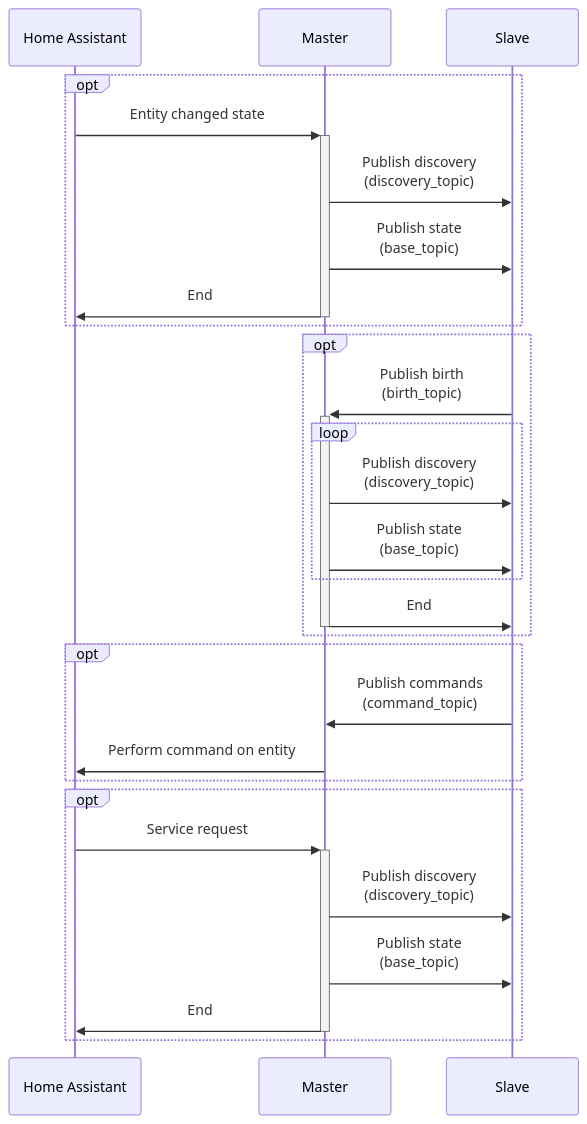
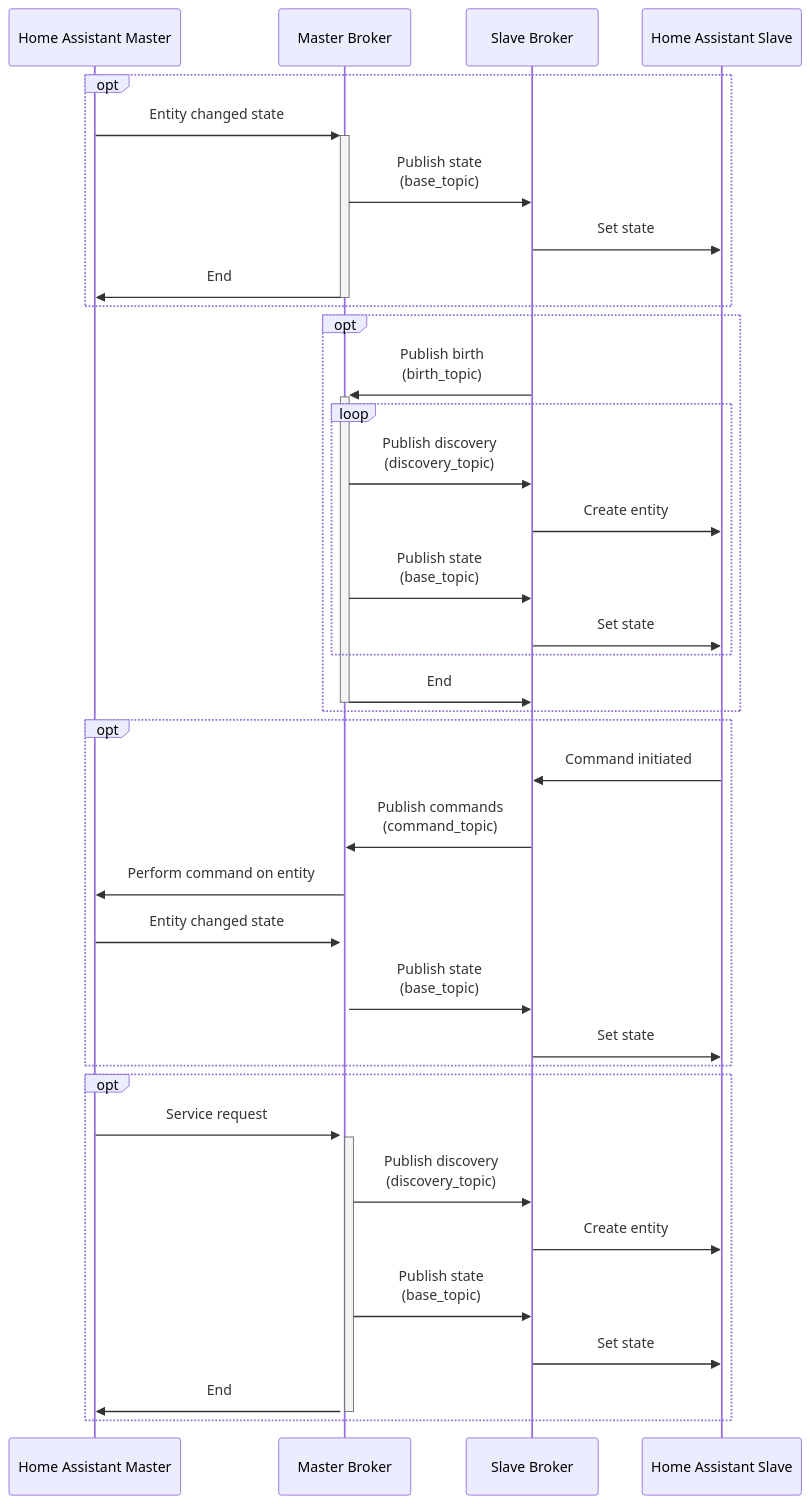
Before and after one commit to RogerSelwyn/mqtt_discoverystream_ha: the second of 2 diagrams in README.md, drawn with Mermaid. The commit also changed other lines of this file, not shown here.

Commit message:
doc: Updated mermaid charts

````diff
--- a/README.md
+++ b/README.md
@@ -118,32 +123,41 @@
 ```mermaid
 sequenceDiagram
-participant H as Home Assistant
-participant M as Master
-participant S as Slave
+participant H as Home Assistant Master
+participant M as Master Broker
+participant S as Slave Broker
+participant R as Home Assistant Slave
 opt
   H->>+M: Entity changed state
-  M->>S: Publish discovery<br/>(discovery_topic)
   M->>S: Publish state<br/>(base_topic)
+  S->>R: Set state
   M->>-H: End
 end
 
 opt
   S->>+M: Publish birth<br/>(birth_topic)
   loop 
     M->>S: Publish discovery<br/>(discovery_topic)
+    S->>R: Create entity
     M->>S: Publish state<br/>(base_topic)
+    S->>R: Set state
   end
   M->>-S: End
 end
 opt
+  R->>S: Command initiated
   S->>M: Publish commands<br/>(command_topic)
   M->>H: Perform command on entity
+  H->>+M: Entity changed state
+  M->>S: Publish state<br/>(base_topic)
+  S->>R: Set state
 end
 
 opt
   H->>+M: Service request
   M->>S: Publish discovery<br/>(discovery_topic)
+  S->>R: Create entity
   M->>S: Publish state<br/>(base_topic)
+  S->>R: Set state
   M->>-H: End
 end
 ```
````
